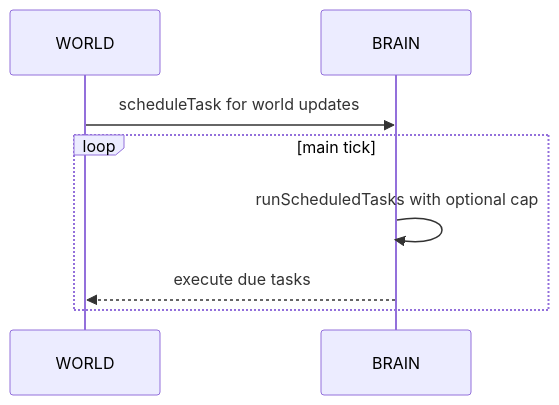
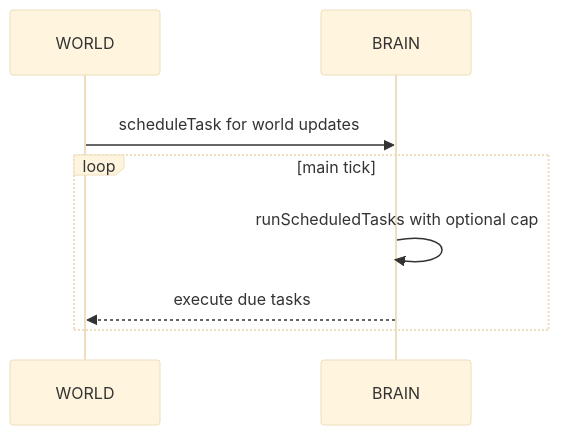
Before and after one commit to Gh0st352/AETHR: the third of 3 diagrams in docs/brain/scheduler.md, drawn with Mermaid. The commit also changed other lines of this file and 5 other files, not shown here.

First line of the commit message:
docs(diagrams): convert mermaid identifiers and improve styling

````diff
--- a/docs/brain/scheduler.md
+++ b/docs/brain/scheduler.md
@@ -50,10 +64,13 @@
 ```mermaid
+%%{init: {"theme":"base"}}%%
 sequenceDiagram
-  participant WL as WORLD
-  participant BR as BRAIN
-  WL->>BR: scheduleTask for world updates
-  loop main tick
-    BR->>BR: runScheduledTasks with optional cap
-    BR-->>WL: execute due tasks
+  rect rgba(255,255,255,0.75)
+    participant WL as WORLD
+    participant BR as BRAIN
+    WL->>BR: scheduleTask for world updates
+    loop main tick
+      BR->>BR: runScheduledTasks with optional cap
+      BR-->>WL: execute due tasks
+    end
   end
 ```
````
